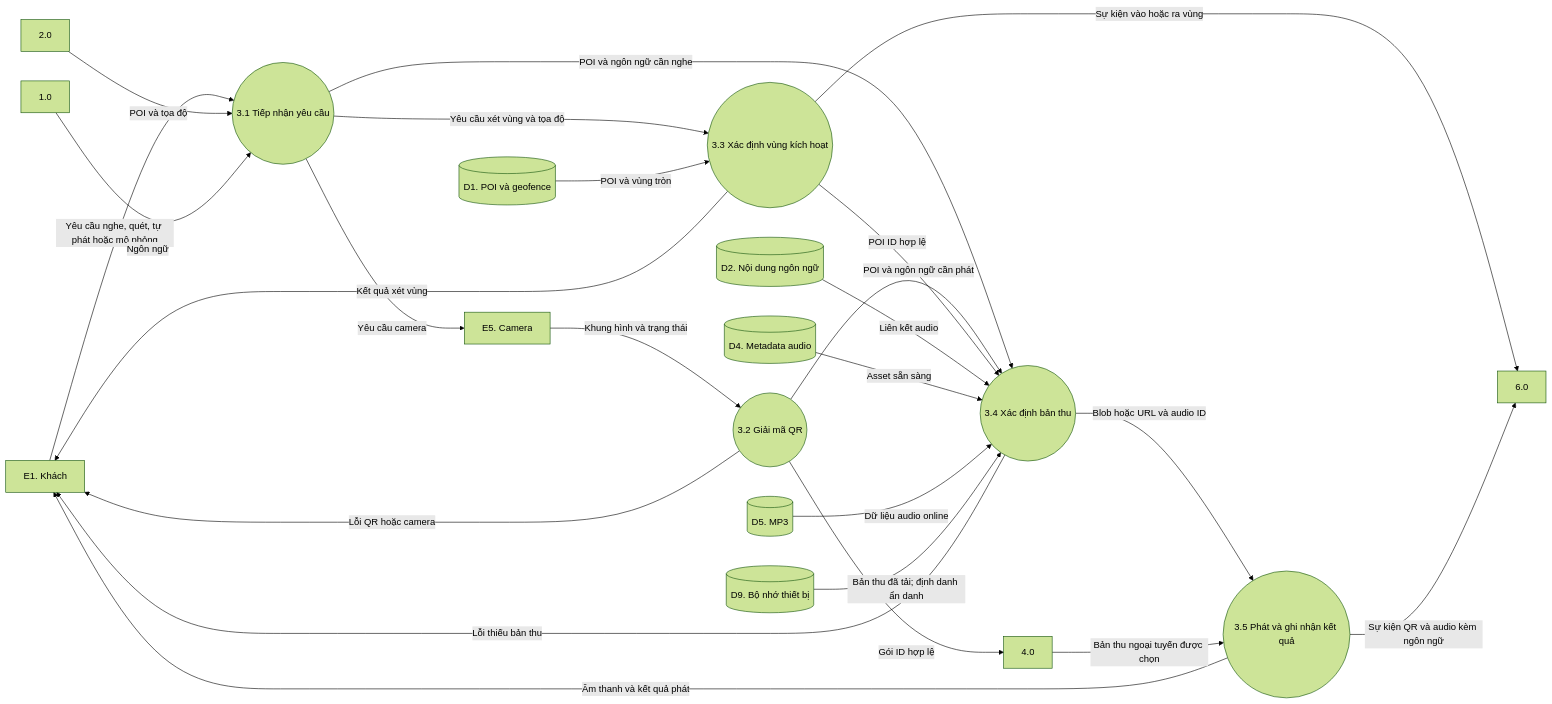
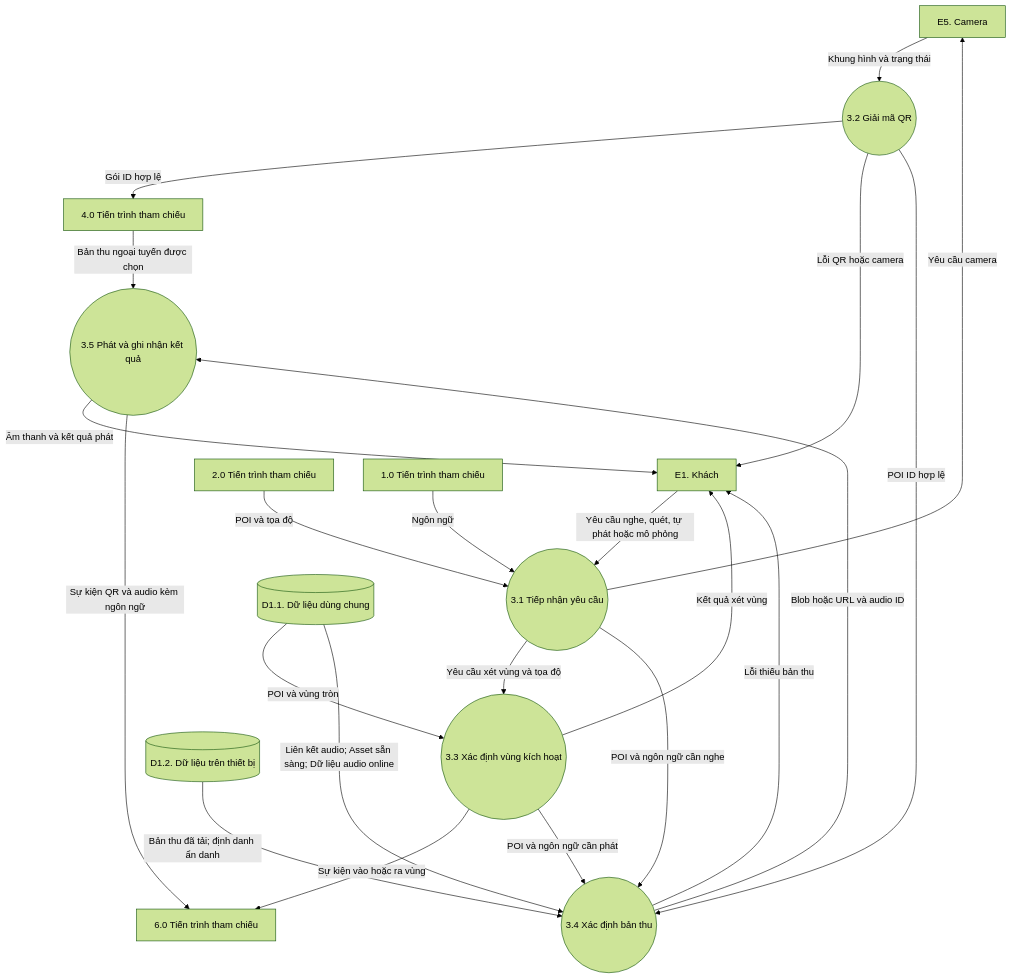
One commit to BXXOYOUNG/multilingual-guide-services-saigon-zoo changed the third of 9 diagrams in docs/Use-case/BAO_CAO_DFD_HE_THONG.md. Above: the diagram before and after it, drawn with Mermaid (forest theme). The commit also changed other lines of this file and 42 other files, not shown here.

Commit message:
Simplify DFD stores and layouts with deeper geofence and offline flows

````diff
--- a/docs/Use-case/BAO_CAO_DFD_HE_THONG.md
+++ b/docs/Use-case/BAO_CAO_DFD_HE_THONG.md
@@ -251,26 +210,37 @@
 ```mermaid
-flowchart LR
-    E1["E1. Khách"] -->|"Yêu cầu nghe, quét, tự phát hoặc mô phỏng"| P31(("3.1 Tiếp nhận yêu cầu"))
-    P2["2.0"] -->|"POI và tọa độ"| P31
-    P1["1.0"] -->|"Ngôn ngữ"| P31
-    P31 -->|"Yêu cầu camera"| E5["E5. Camera"]
-    E5 -->|"Khung hình và trạng thái"| P32(("3.2 Giải mã QR"))
-    P31 -->|"Yêu cầu xét vùng và tọa độ"| P33(("3.3 Xác định vùng kích hoạt"))
-    D1[("D1. POI và geofence")] -->|"POI và vùng tròn"| P33
-    P31 -->|"POI và ngôn ngữ cần nghe"| P34(("3.4 Xác định bản thu"))
-    P32 -->|"POI ID hợp lệ"| P34
-    P32 -->|"Gói ID hợp lệ"| P4["4.0"]
+flowchart TB
+    E5["E5. Camera"]
+    P32(("3.2 Giải mã QR"))
+    E1["E1. Khách"]
+    P35(("3.5 Phát và ghi nhận kết quả"))
+    P6["6.0 Tiến trình tham chiếu"]
+    P31(("3.1 Tiếp nhận yêu cầu"))
+    P34(("3.4 Xác định bản thu"))
+    P4["4.0 Tiến trình tham chiếu"]
+    P2["2.0 Tiến trình tham chiếu"]
+    P33(("3.3 Xác định vùng kích hoạt"))
+    P1["1.0 Tiến trình tham chiếu"]
+    DL[("D1.2. Dữ liệu trên thiết bị")]
+    DS[("D1.1. Dữ liệu dùng chung")]
+    E1 -->|"Yêu cầu nghe, quét, tự phát hoặc mô phỏng"| P31
+    P2 -->|"POI và tọa độ"| P31
+    P1 -->|"Ngôn ngữ"| P31
+    P31 -->|"Yêu cầu camera"| E5
+    E5 -->|"Khung hình và trạng thái"| P32
+    P32 -->|"Gói ID hợp lệ"| P4
     P32 -->|"Lỗi QR hoặc camera"| E1
-    P33 -->|"POI và ngôn ngữ cần phát"| P34
+    DS -->|"POI và vùng tròn"| P33
     P33 -->|"Kết quả xét vùng"| E1
-    P33 -->|"Sự kiện vào hoặc ra vùng"| P6["6.0"]
-    D2[("D2. Nội dung ngôn ngữ")] -->|"Liên kết audio"| P34
-    D4[("D4. Metadata audio")] -->|"Asset sẵn sàng"| P34
-    D5[("D5. MP3")] -->|"Dữ liệu audio online"| P34
-    D9[("D9. Bộ nhớ thiết bị")] -->|"Bản thu đã tải; định danh ẩn danh"| P34
-    P34 -->|"Blob hoặc URL và audio ID"| P35(("3.5 Phát và ghi nhận kết quả"))
+    P33 -->|"Sự kiện vào hoặc ra vùng"| P6
+    DS -->|"Liên kết audio; Asset sẵn sàng; Dữ liệu audio online"| P34
+    DL -->|"Bản thu đã tải; định danh ẩn danh"| P34
+    P34 -->|"Lỗi thiếu bản thu"| E1
     P4 -->|"Bản thu ngoại tuyến được chọn"| P35
-    P34 -->|"Lỗi thiếu bản thu"| E1
     P35 -->|"Âm thanh và kết quả phát"| E1
     P35 -->|"Sự kiện QR và audio kèm ngôn ngữ"| P6
+    P31 -->|"Yêu cầu xét vùng và tọa độ"| P33
+    P31 -->|"POI và ngôn ngữ cần nghe"| P34
+    P32 -->|"POI ID hợp lệ"| P34
+    P33 -->|"POI và ngôn ngữ cần phát"| P34
+    P34 -->|"Blob hoặc URL và audio ID"| P35
 ```
````
